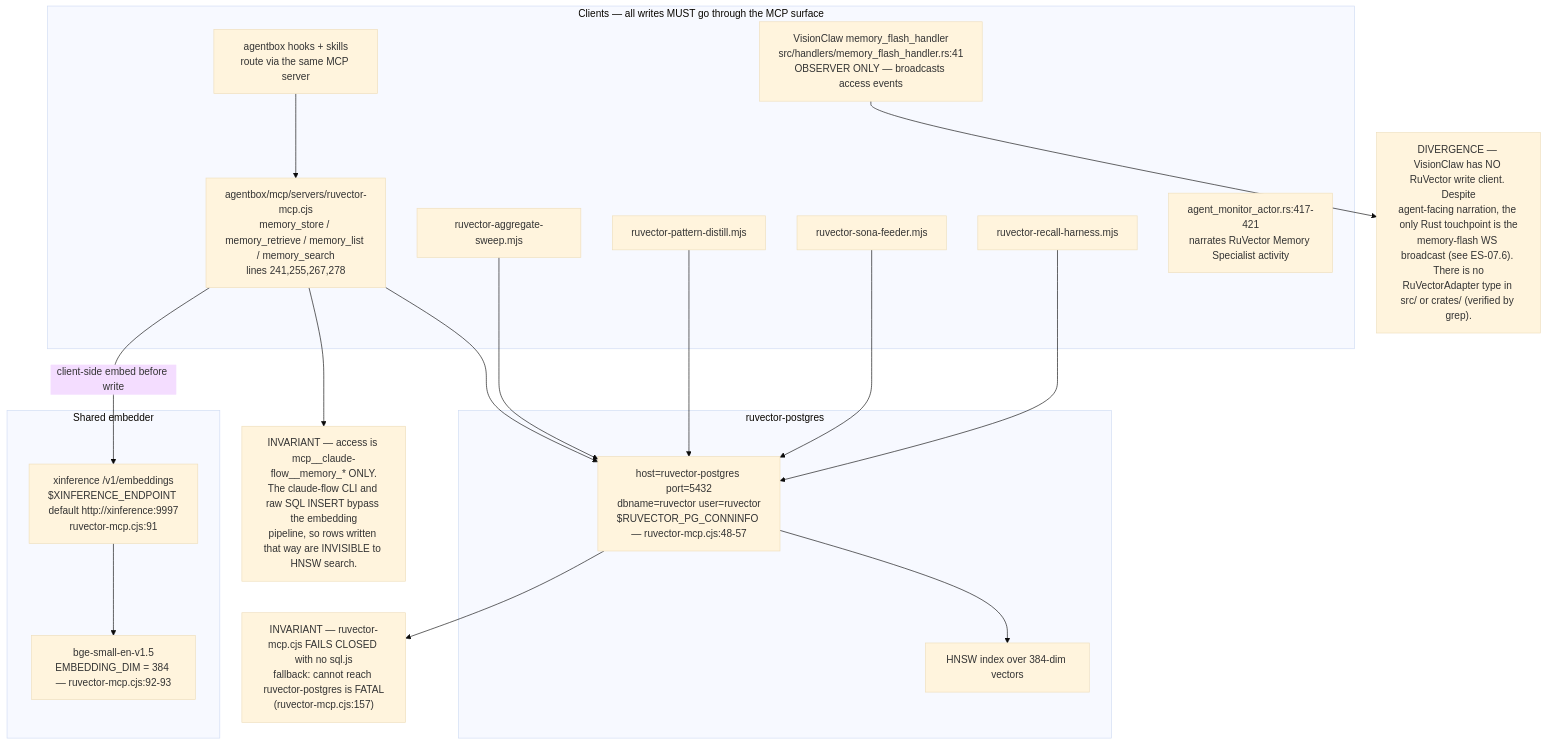
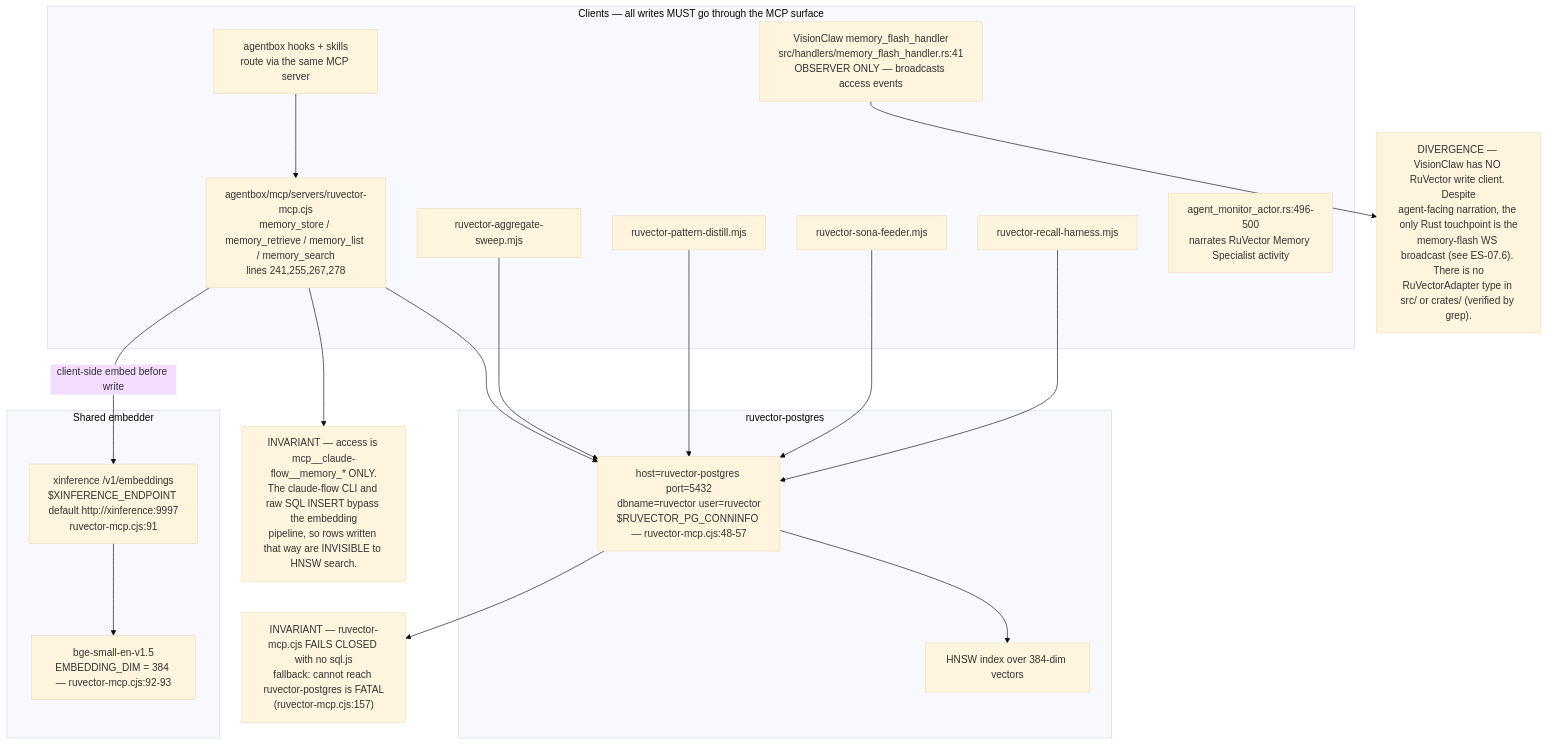
One commit to DreamLab-AI/AR-AI-Knowledge-Graph changed the first of 9 diagrams in docs/diagrams/estate/07-memory-and-embedding-estate.md. Above: the diagram before and after it, drawn with Mermaid (base theme). The commit also changed other lines of this file and 73 other files, not shown here.

First line of the commit message:
docs(diagrams): re-verify all 71 topic files against HEAD; add --cite-check

````diff
--- a/docs/diagrams/estate/07-memory-and-embedding-estate.md
+++ b/docs/diagrams/estate/07-memory-and-embedding-estate.md
@@ -24,39 +24,39 @@
 ```mermaid
 flowchart TB
     subgraph clients["Clients — all writes MUST go through the MCP surface"]
         MCP["agentbox/mcp/servers/ruvector-mcp.cjs<br/>memory_store / memory_retrieve / memory_list / memory_search<br/>lines 241,255,267,278"]
         HOOKS["agentbox hooks + skills<br/>route via the same MCP server"]
         SWEEP["ruvector-aggregate-sweep.mjs"]
         DISTILL["ruvector-pattern-distill.mjs"]
         SONA["ruvector-sona-feeder.mjs"]
         HARNESS["ruvector-recall-harness.mjs"]
         VCMF["VisionClaw memory_flash_handler<br/>src/handlers/memory_flash_handler.rs:41<br/>OBSERVER ONLY — broadcasts access events"]
-        AMA["agent_monitor_actor.rs:417-421<br/>narrates RuVector Memory Specialist activity"]
+        AMA["agent_monitor_actor.rs:496-500<br/>narrates RuVector Memory Specialist activity"]
     end
     subgraph store["ruvector-postgres"]
         PG["host=ruvector-postgres port=5432<br/>dbname=ruvector user=ruvector<br/>$RUVECTOR_PG_CONNINFO — ruvector-mcp.cjs:48-57"]
         HNSW["HNSW index over 384-dim vectors"]
     end
     subgraph embed["Shared embedder"]
         XI["xinference /v1/embeddings<br/>$XINFERENCE_ENDPOINT default http://xinference:9997<br/>ruvector-mcp.cjs:91"]
         MODEL["bge-small-en-v1.5<br/>EMBEDDING_DIM = 384 — ruvector-mcp.cjs:92-93"]
     end
 
     MCP --> PG
     HOOKS --> MCP
     SWEEP --> PG
     DISTILL --> PG
     SONA --> PG
     HARNESS --> PG
     PG --> HNSW
     MCP -- "client-side embed before write" --> XI
     XI --> MODEL
 
     INV1["INVARIANT — access is mcp__claude-flow__memory_* ONLY.<br/>The claude-flow CLI and raw SQL INSERT bypass the embedding<br/>pipeline, so rows written that way are INVISIBLE to HNSW search."]
     INV2["INVARIANT — ruvector-mcp.cjs FAILS CLOSED with no sql.js<br/>fallback: cannot reach ruvector-postgres is FATAL<br/>(ruvector-mcp.cjs:157)"]
     DIV1["DIVERGENCE — VisionClaw has NO RuVector write client. Despite<br/>agent-facing narration, the only Rust touchpoint is the<br/>memory-flash WS broadcast (see ES-07.6). There is no<br/>RuVectorAdapter type in src/ or crates/ (verified by grep)."]
 
     MCP --> INV1
     PG --> INV2
     VCMF --> DIV1
 ```
````
